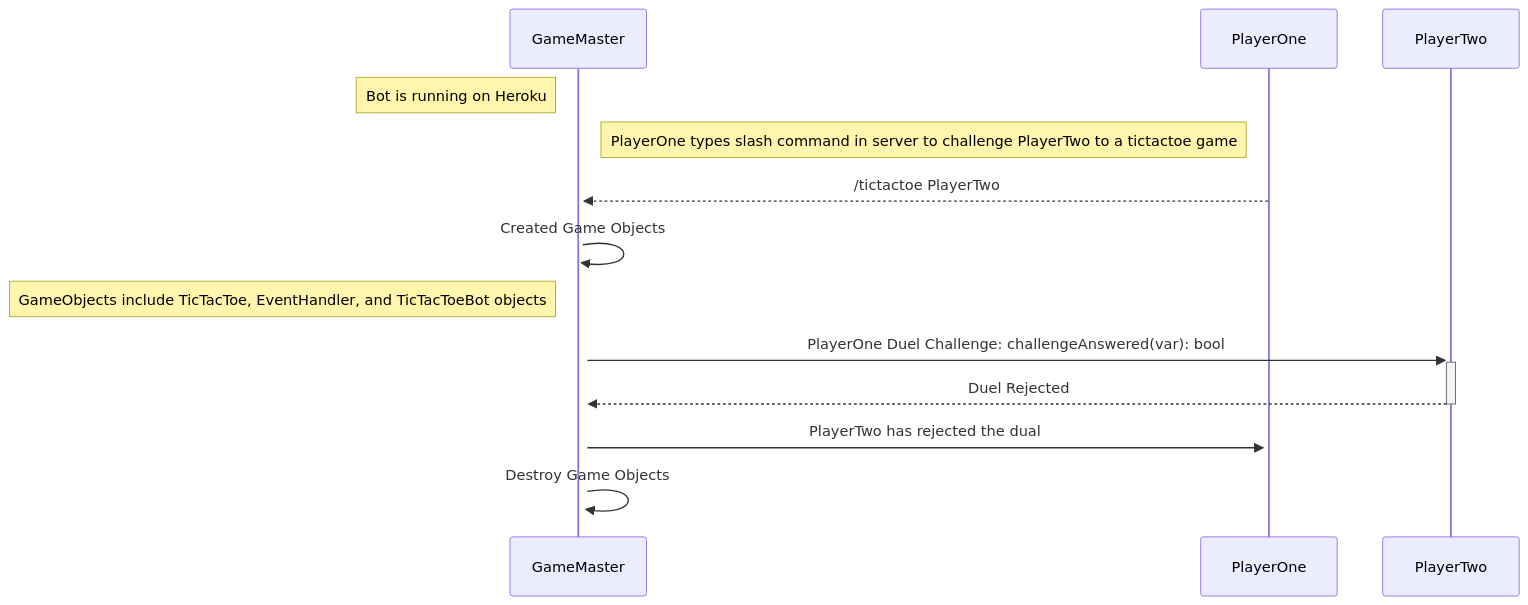
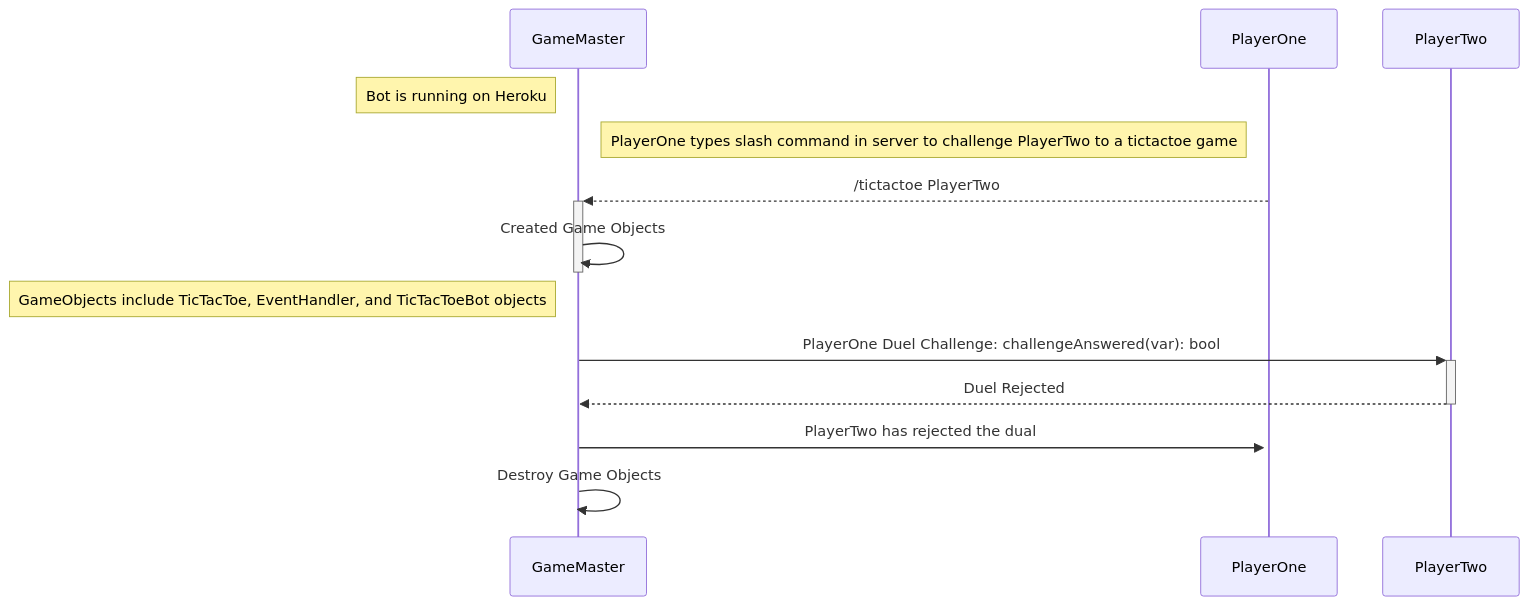
The diagram in uml_Sequence_RejectDuel.md (cis3296f22/GameMaster), drawn with Mermaid before and after one commit.

````diff
--- a/uml_Sequence_RejectDuel.md
+++ b/uml_Sequence_RejectDuel.md
@@ -3,17 +3,17 @@
 ```mermaid
 sequenceDiagram
   
     participant GameMaster as GameMaster
     participant PlayerOne as PlayerOne
     participant PlayerTwo as PlayerTwo
     Note left of GameMaster: Bot is running on Heroku
     Note left of PlayerOne: PlayerOne types slash command in server to challenge PlayerTwo to a tictactoe game
     PlayerOne-->>+GameMaster: /tictactoe PlayerTwo
-    GameMaster->>+GameMaster: Created Game Objects
+    GameMaster->>-GameMaster: Created Game Objects
     Note left of GameMaster: GameObjects include TicTacToe, EventHandler, and TicTacToeBot objects
     GameMaster->>+PlayerTwo: PlayerOne Duel Challenge: challengeAnswered(var): bool
     PlayerTwo-->>-GameMaster: Duel Rejected
     GameMaster->>+PlayerOne: PlayerTwo has rejected the dual
-    GameMaster->>+GameMaster: Destroy Game Objects
+    GameMaster->>GameMaster: Destroy Game Objects
     
 ```
````
